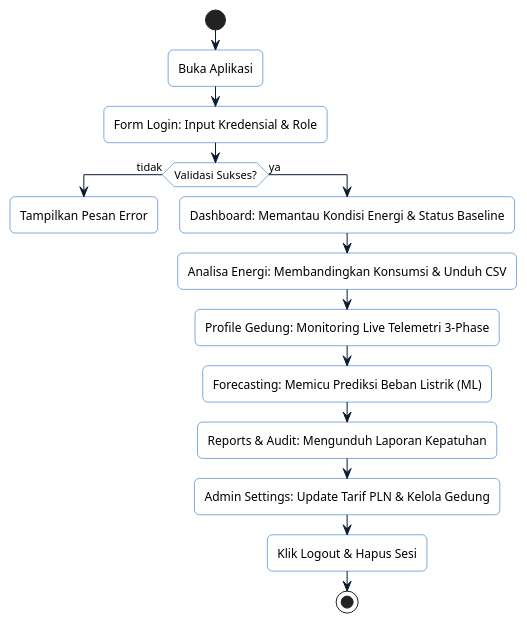
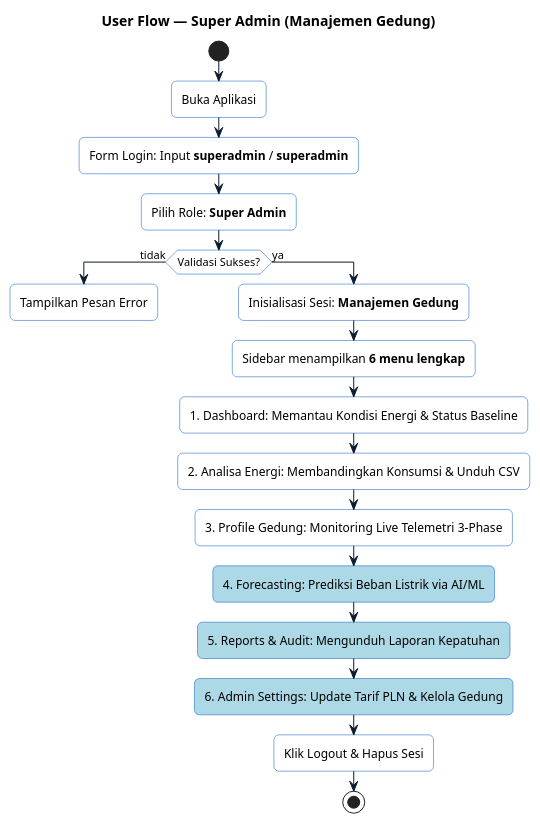
One commit to Amandaa0208/EMS changed the ninth of 15 diagrams in userflow.md. Above: the diagram before and after it, drawn with PlantUML. The commit also changed other lines of this file and 1 other file, not shown here.

Commit message:
docs: update user flow documentation to include role-based access control details for Super Admin and Admin.

````diff
--- a/userflow.md
+++ b/userflow.md
@@ -195,25 +281,30 @@
 ```plantuml
 @startuml
 skinparam roundcorner 10
 skinparam ActivityBackgroundColor White
 skinparam ActivityBorderColor #0058be
 skinparam ArrowColor #0b1c30
 
+title User Flow — Super Admin (Manajemen Gedung)
+
 start
 :Buka Aplikasi;
-:Form Login: Input Kredensial & Role;
+:Form Login: Input **superadmin** / **superadmin**;
+:Pilih Role: **Super Admin**;
 if (Validasi Sukses?) then (tidak)
   :Tampilkan Pesan Error;
   detach
 else (ya)
-  :Dashboard: Memantau Kondisi Energi & Status Baseline;
-  :Analisa Energi: Membandingkan Konsumsi & Unduh CSV;
-  :Profile Gedung: Monitoring Live Telemetri 3-Phase;
-  :Forecasting: Memicu Prediksi Beban Listrik (ML);
-  :Reports & Audit: Mengunduh Laporan Kepatuhan;
-  :Admin Settings: Update Tarif PLN & Kelola Gedung;
+  :Inisialisasi Sesi: **Manajemen Gedung**;
+  :Sidebar menampilkan **6 menu lengkap**;
+  :1. Dashboard: Memantau Kondisi Energi & Status Baseline;
+  :2. Analisa Energi: Membandingkan Konsumsi & Unduh CSV;
+  :3. Profile Gedung: Monitoring Live Telemetri 3-Phase;
+  #LightBlue:4. Forecasting: Prediksi Beban Listrik via AI/ML;
+  #LightBlue:5. Reports & Audit: Mengunduh Laporan Kepatuhan;
+  #LightBlue:6. Admin Settings: Update Tarif PLN & Kelola Gedung;
   :Klik Logout & Hapus Sesi;
   stop
 endif
 @enduml
 ```
````
